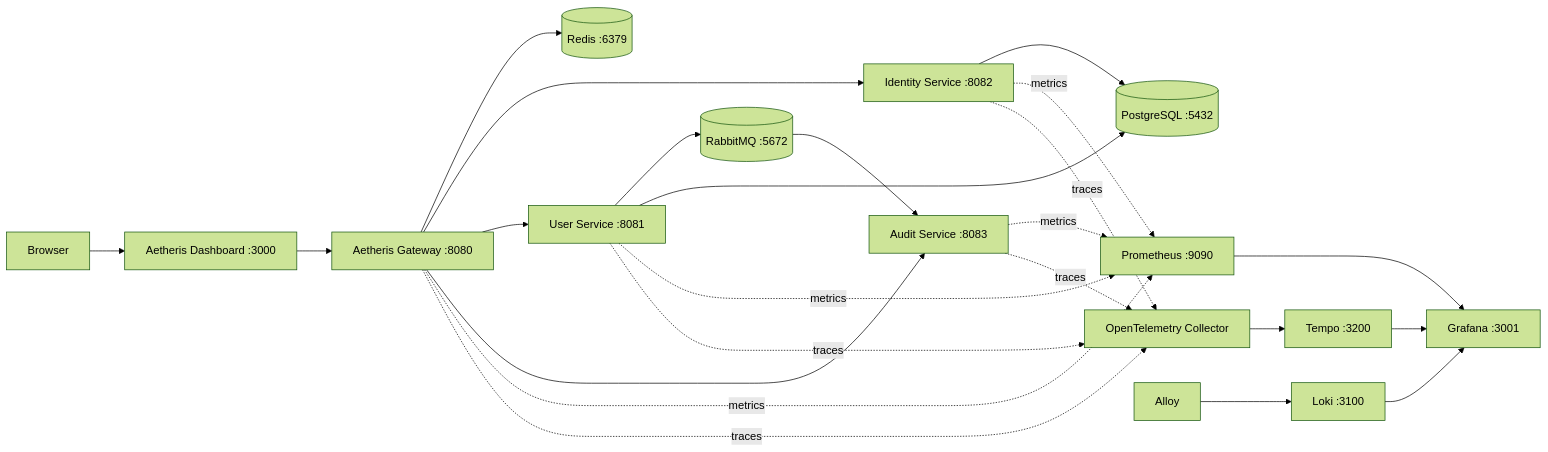
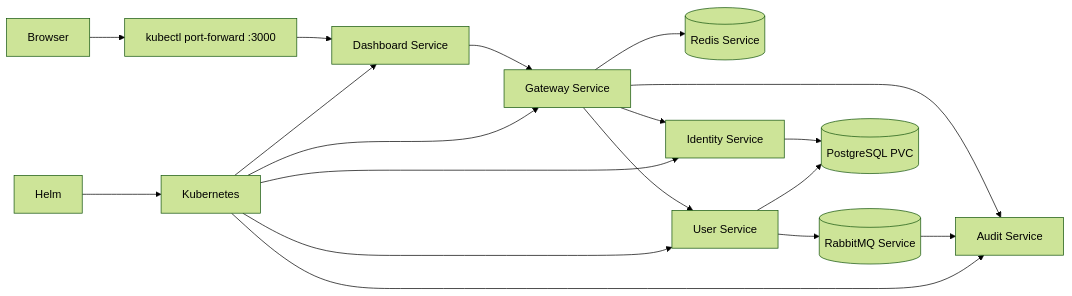
Before and after one commit to teldigi5-wq/aetheris-platform: the diagram in README.md, drawn with Mermaid (forest theme). The commit also changed other lines of this file, not shown here.

Commit message:
Stage 7: document Kubernetes and Helm milestone

````diff
--- a/README.md
+++ b/README.md
@@ -24,26 +26,20 @@
 ```mermaid
 flowchart LR
-    U[Browser] --> D[Aetheris Dashboard :3000]
-    D --> G[Aetheris Gateway :8080]
-    G --> R[(Redis :6379)]
-    G --> I[Identity Service :8082]
-    G --> S[User Service :8081]
-    G --> A[Audit Service :8083]
-    S --> M[(RabbitMQ :5672)]
+    U[Browser] --> PF[kubectl port-forward :3000]
+    PF --> D[Dashboard Service]
+    D --> G[Gateway Service]
+    G --> R[(Redis Service)]
+    G --> I[Identity Service]
+    G --> S[User Service]
+    G --> A[Audit Service]
+    S --> M[(RabbitMQ Service)]
     M --> A
-    I --> P[(PostgreSQL :5432)]
+    I --> P[(PostgreSQL PVC)]
     S --> P
-    G -. metrics .-> PM[Prometheus :9090]
-    I -. metrics .-> PM
-    S -. metrics .-> PM
-    A -. metrics .-> PM
-    G -. traces .-> OT[OpenTelemetry Collector]
-    I -. traces .-> OT
-    S -. traces .-> OT
-    A -. traces .-> OT
-    OT --> T[Tempo :3200]
-    L[Alloy] --> LK[Loki :3100]
-    PM --> GR[Grafana :3001]
-    T --> GR
-    LK --> GR
+    K[Kubernetes] --> D
+    K --> G
+    K --> I
+    K --> S
+    K --> A
+    H[Helm] --> K
 ```
````
